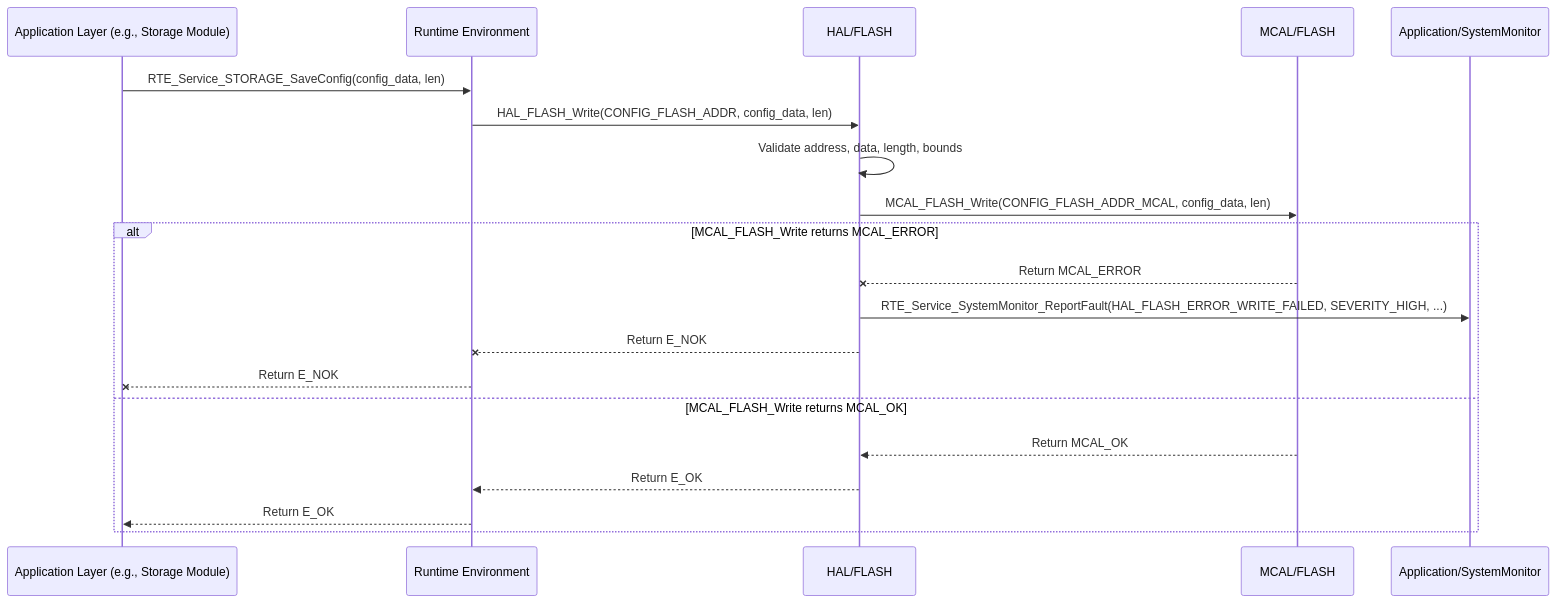
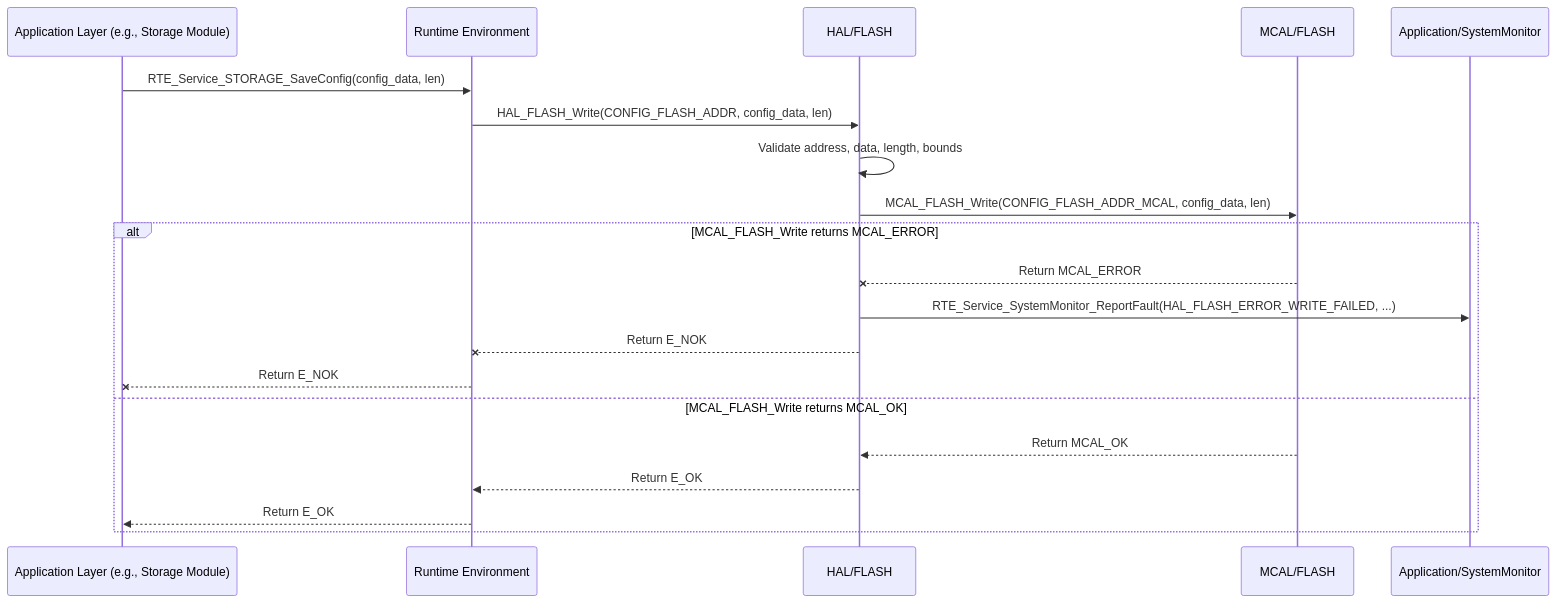
Before and after one commit to ashaker-2/Platform: the diagram in Requiremets/Design/HAL/HAL_FLASH.md, drawn with Mermaid. The commit also changed other lines of this file and 79 other files, not shown here.

````diff
--- a/Requiremets/Design/HAL/HAL_FLASH.md
+++ b/Requiremets/Design/HAL/HAL_FLASH.md
@@ -151,23 +153,23 @@
 ```mermaid
 sequenceDiagram  
     participant AppLayer as Application Layer (e.g., Storage Module)  
     participant RTE as Runtime Environment  
     participant HAL_FLASH as HAL/FLASH  
     participant MCAL_FLASH as MCAL/FLASH  
     participant SystemMonitor as Application/SystemMonitor
 
     AppLayer->>RTE: RTE_Service_STORAGE_SaveConfig(config_data, len)  
     RTE->>HAL_FLASH: HAL_FLASH_Write(CONFIG_FLASH_ADDR, config_data, len)  
     HAL_FLASH->>HAL_FLASH: Validate address, data, length, bounds  
     HAL_FLASH->>MCAL_FLASH: MCAL_FLASH_Write(CONFIG_FLASH_ADDR_MCAL, config_data, len)  
     alt MCAL_FLASH_Write returns MCAL_ERROR  
         MCAL_FLASH--xHAL_FLASH: Return MCAL_ERROR  
-        HAL_FLASH->>SystemMonitor: RTE_Service_SystemMonitor_ReportFault(HAL_FLASH_ERROR_WRITE_FAILED, SEVERITY_HIGH, ...)  
+        HAL_FLASH->>SystemMonitor: RTE_Service_SystemMonitor_ReportFault(HAL_FLASH_ERROR_WRITE_FAILED,  ...)  
         HAL_FLASH--xRTE: Return E_NOK  
         RTE--xAppLayer: Return E_NOK  
     else MCAL_FLASH_Write returns MCAL_OK  
         MCAL_FLASH-->>HAL_FLASH: Return MCAL_OK  
         HAL_FLASH-->>RTE: Return E_OK  
         RTE-->>AppLayer: Return E_OK  
     end
 ```
````
